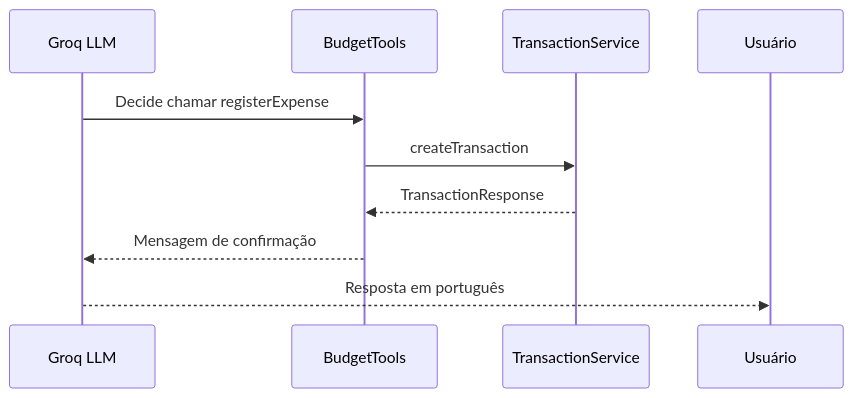
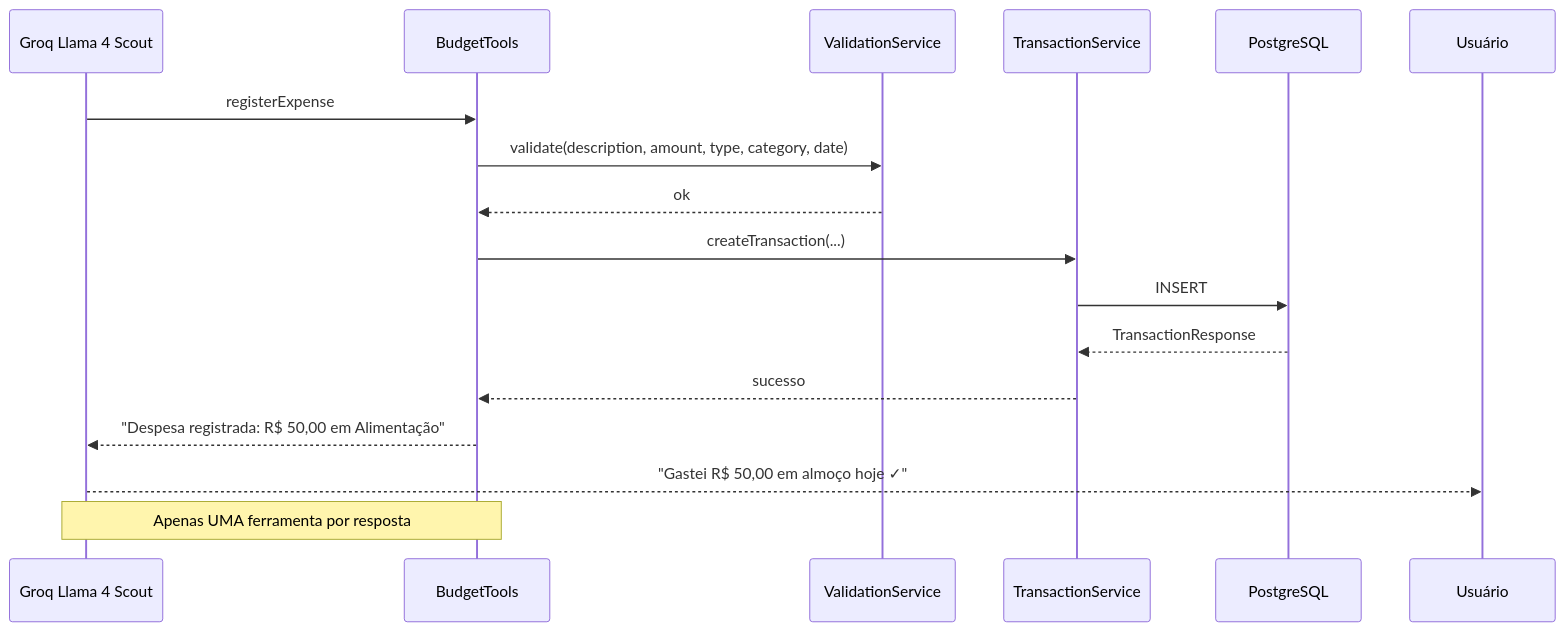
The diagram in docs/tools.md (DessimA/budget-voice-api), drawn with Mermaid before and after one commit. The commit also changed other lines of this file and 12 other files, not shown here.

Commit message:
docs: add mermaid diagrams to all docs, fix outdated years and references

````diff
--- a/docs/tools.md
+++ b/docs/tools.md
@@ -10,12 +9,20 @@
 ```mermaid
 sequenceDiagram
-    participant LLM as Groq LLM
+    participant LLM as Groq Llama 4 Scout
     participant BT as BudgetTools
+    participant VS as ValidationService
     participant TS as TransactionService
+    participant DB as PostgreSQL
 
-    LLM->>BT: Decide chamar registerExpense
-    BT->>TS: createTransaction
-    TS-->>BT: TransactionResponse
-    BT-->>LLM: Mensagem de confirmação
-    LLM-->>Usuário: Resposta em português
+    LLM->>BT: registerExpense
+    BT->>VS: validate(description, amount, type, category, date)
+    VS-->>BT: ok
+    BT->>TS: createTransaction(...)
+    TS->>DB: INSERT
+    DB-->>TS: TransactionResponse
+    TS-->>BT: sucesso
+    BT-->>LLM: "Despesa registrada: R$ 50,00 em Alimentação"
+    LLM-->>Usuário: "Gastei R$ 50,00 em almoço hoje ✓"
+
+    Note over LLM,BT: Apenas UMA ferramenta por resposta
 ```
````
